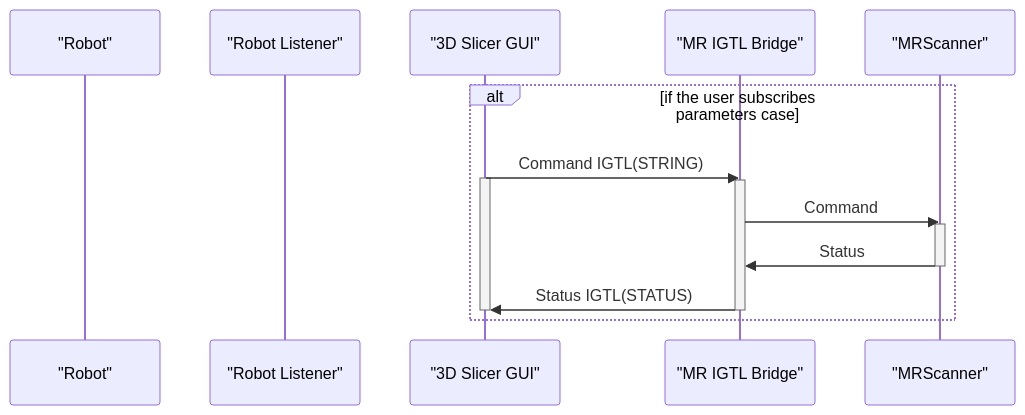
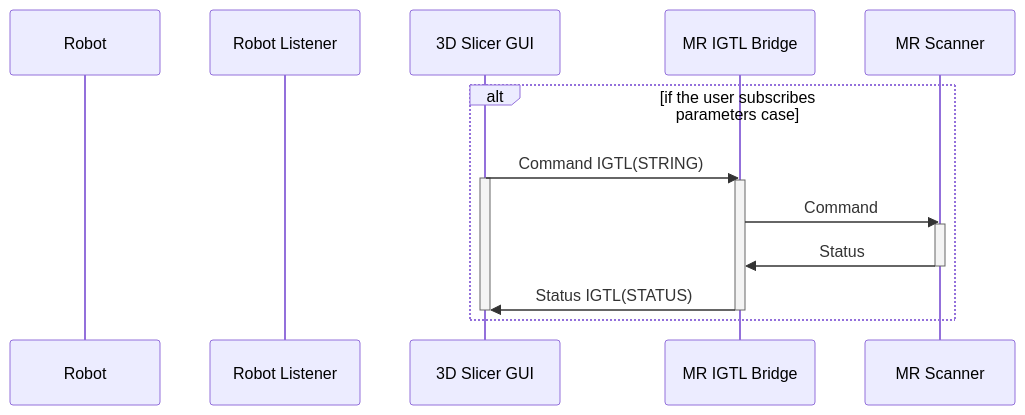
Before and after one commit to ProstateBRP/BRPRobot2021: the fourth of 5 diagrams in README.md, drawn with Mermaid. The commit also changed other lines of this file, not shown here.

Commit message:
Remove double-quotations from the participant names in the sequence diagram.

````diff
--- a/README.md
+++ b/README.md
@@ -187,24 +188,23 @@
 ```mermaid
 sequenceDiagram
 
-participant "Robot"
-participant "Robot Listener"
-participant "3D Slicer GUI"
-participant "MR IGTL Bridge"
-participant "MRScanner"
-
+participant R as Robot
+participant RL as Robot Listener
+participant SGUI as 3D Slicer GUI
+participant MRIGTL  as MR IGTL Bridge
+participant MRS as MR Scanner
 
 alt if the user subscribes parameters case
-"3D Slicer GUI"->>"MR IGTL Bridge":Command IGTL(STRING)
-activate "3D Slicer GUI"
-activate "MR IGTL Bridge"
-"MR IGTL Bridge"->>"MRScanner":Command
+SGUI->>MRIGTL:Command IGTL(STRING)
+activate SGUI
+activate MRIGTL
+MRIGTL->>MRS:Command
 
-activate "MRScanner"
-"MRScanner"->>"MR IGTL Bridge":Status
-deactivate "MRScanner"
-"MR IGTL Bridge"->>"3D Slicer GUI":Status IGTL(STATUS)
-deactivate "3D Slicer GUI"
-deactivate "MR IGTL Bridge"
+activate MRS
+MRS->>MRIGTL:Status
+deactivate MRS
+MRIGTL->>SGUI:Status IGTL(STATUS)
+deactivate SGUI
+deactivate MRIGTL
 end
 ```
````
